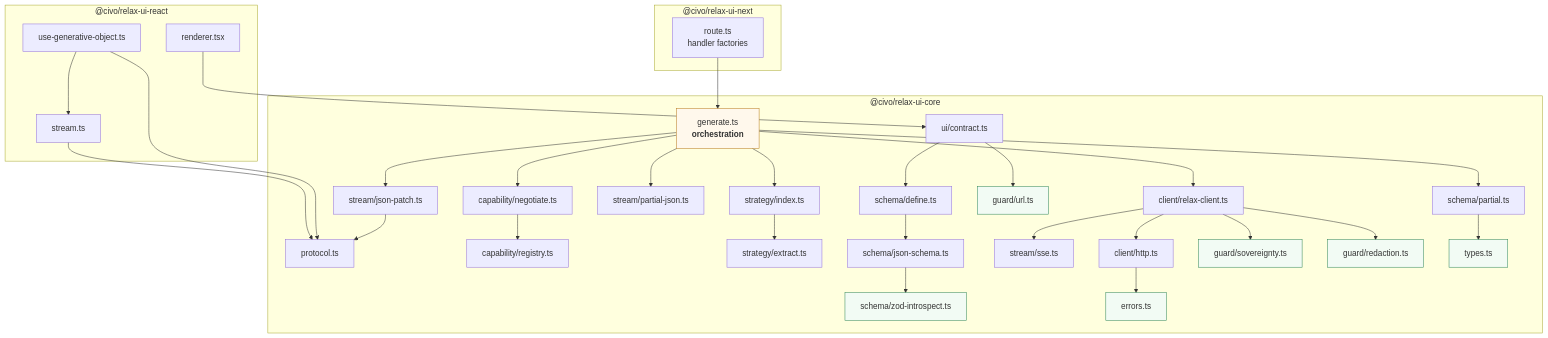
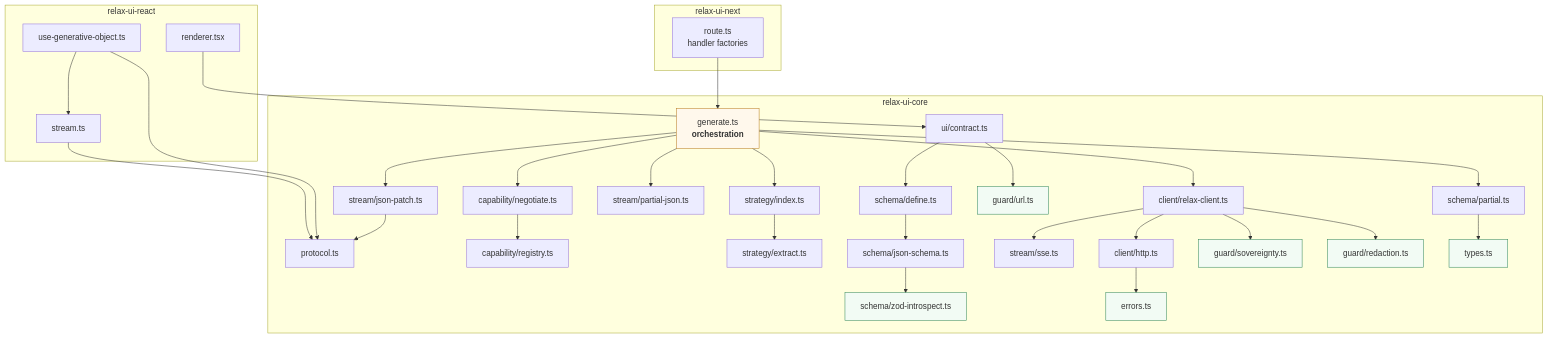
One commit to ashvolt/civo_ui_sdk changed the diagram in docs/diagrams/02-containers.md. Above: the diagram before and after it, drawn with Mermaid. The commit also changed 47 other files, not shown here.

````diff
--- a/docs/diagrams/02-containers.md
+++ b/docs/diagrams/02-containers.md
@@ -3,66 +3,66 @@
 ```mermaid
 graph TB
-    subgraph next["@civo/relax-ui-next"]
+    subgraph next["relax-ui-next"]
         Route["route.ts<br/>handler factories"]
     end
 
-    subgraph react["@civo/relax-ui-react"]
+    subgraph react["relax-ui-react"]
         Hook["use-generative-object.ts"]
         Rend["renderer.tsx"]
         RStream["stream.ts"]
     end
 
-    subgraph core["@civo/relax-ui-core"]
+    subgraph core["relax-ui-core"]
         Gen["generate.ts<br/><b>orchestration</b>"]
         Proto["protocol.ts"]
         UI["ui/contract.ts"]
 
         Neg["capability/negotiate.ts"]
         CReg["capability/registry.ts"]
         Strat["strategy/index.ts"]
         Ext["strategy/extract.ts"]
 
         Def["schema/define.ts"]
         JSch["schema/json-schema.ts"]
         Part["schema/partial.ts"]
         Intro["schema/zod-introspect.ts"]
 
         PJ["stream/partial-json.ts"]
         JP["stream/json-patch.ts"]
         SSE["stream/sse.ts"]
 
         Cl["client/relax-client.ts"]
         HTTP["client/http.ts"]
 
         Sov["guard/sovereignty.ts"]
         Red["guard/redaction.ts"]
         URLg["guard/url.ts"]
 
         Err["errors.ts"]
         Ty["types.ts"]
     end
 
     Route --> Gen
     Hook --> RStream --> Proto
     Rend --> UI
     Hook --> Proto
 
     Gen --> Neg --> CReg
     Gen --> Strat --> Ext
     Gen --> Part
     Gen --> PJ
     Gen --> JP --> Proto
     Gen --> Cl --> HTTP
     Cl --> Sov
     Cl --> Red
     Cl --> SSE
     UI --> Def --> JSch --> Intro
     UI --> URLg
     Part --> Ty
     HTTP --> Err
 
     classDef leaf fill:#f2fbf4,stroke:#2f855a
     classDef orch fill:#fff8ec,stroke:#b7791f
     class Sov,Red,URLg,Err,Ty,Intro leaf
     class Gen orch
 ```
````
